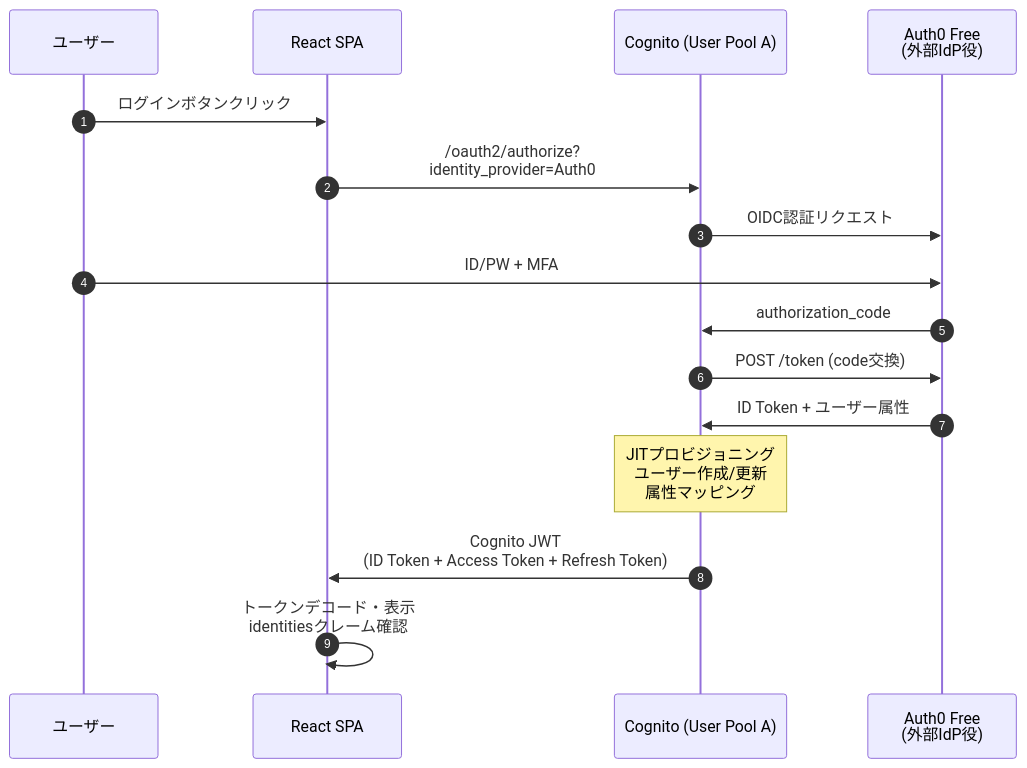
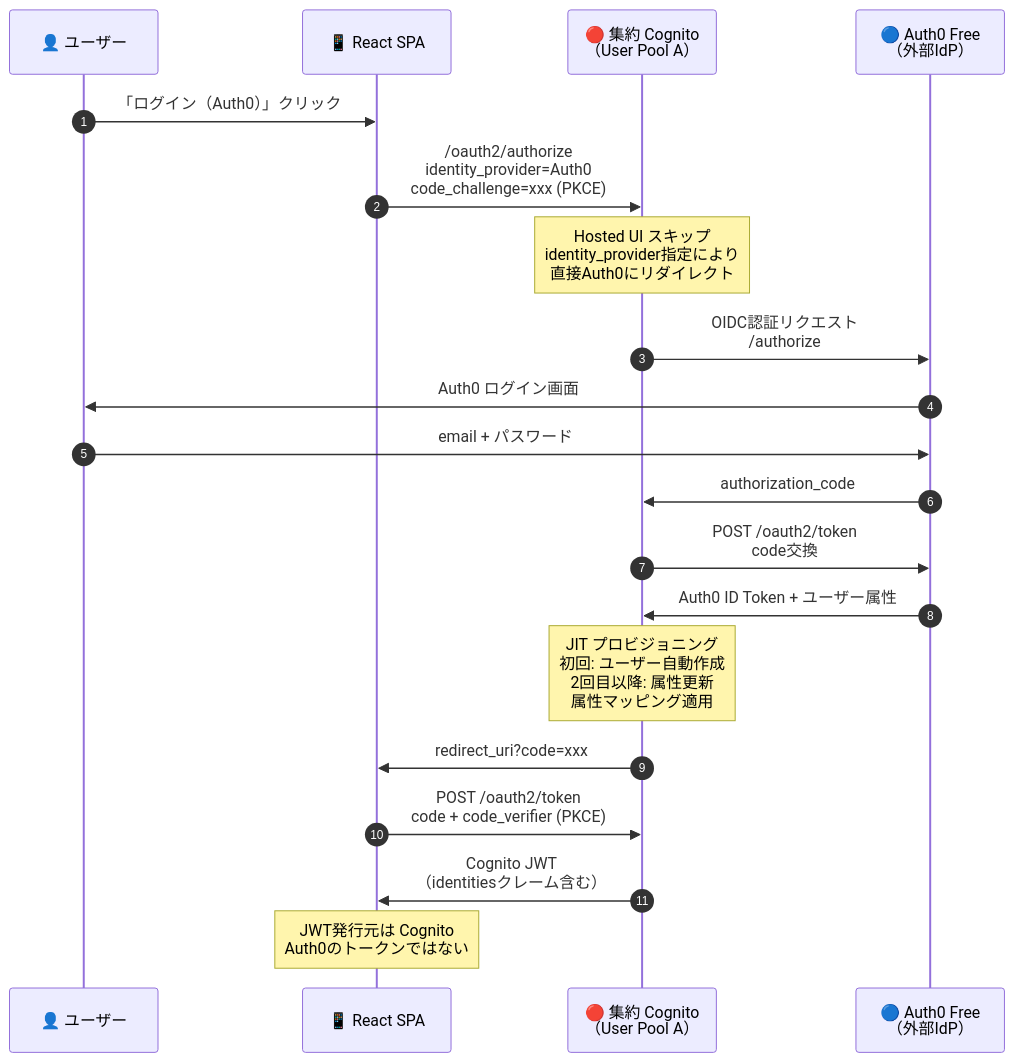
The second of 7 diagrams in doc/design/auth-flow.md (suepie/aws-atuh-poc), drawn with Mermaid before and after one commit. The commit also changed other lines of this file and 20 other files, not shown here.

````diff
--- a/doc/design/auth-flow.md
+++ b/doc/design/auth-flow.md
@@ -36,21 +49,29 @@
 ```mermaid
 sequenceDiagram
     autonumber
-    participant User as ユーザー
-    participant SPA as React SPA
-    participant Cognito as Cognito (User Pool A)
-    participant Auth0 as Auth0 Free<br/>(外部IdP役)
+    participant User as 👤 ユーザー
+    participant SPA as 📱 React SPA
+    participant Cognito as 🔴 集約 Cognito<br/>（User Pool A）
+    participant Auth0 as 🔵 Auth0 Free<br/>（外部IdP）
 
-    User->>SPA: ログインボタンクリック
-    SPA->>Cognito: /oauth2/authorize?<br/>identity_provider=Auth0
-    Cognito->>Auth0: OIDC認証リクエスト
-    User->>Auth0: ID/PW + MFA
+    User->>SPA: 「ログイン（Auth0）」クリック
+    SPA->>Cognito: /oauth2/authorize<br/>identity_provider=Auth0<br/>code_challenge=xxx (PKCE)
+
+    Note over Cognito: Hosted UI スキップ<br/>identity_provider指定により<br/>直接Auth0にリダイレクト
+
+    Cognito->>Auth0: OIDC認証リクエスト<br/>/authorize
+    Auth0->>User: Auth0 ログイン画面
+    User->>Auth0: email + パスワード
+
     Auth0->>Cognito: authorization_code
-    Cognito->>Auth0: POST /token (code交換)
-    Auth0->>Cognito: ID Token + ユーザー属性
+    Cognito->>Auth0: POST /oauth2/token<br/>code交換
+    Auth0->>Cognito: Auth0 ID Token + ユーザー属性
 
-    Note over Cognito: JITプロビジョニング<br/>ユーザー作成/更新<br/>属性マッピング
+    Note over Cognito: JIT プロビジョニング<br/>初回: ユーザー自動作成<br/>2回目以降: 属性更新<br/>属性マッピング適用
 
-    Cognito->>SPA: Cognito JWT<br/>(ID Token + Access Token + Refresh Token)
-    SPA->>SPA: トークンデコード・表示<br/>identitiesクレーム確認
+    Cognito->>SPA: redirect_uri?code=xxx
+    SPA->>Cognito: POST /oauth2/token<br/>code + code_verifier (PKCE)
+    Cognito->>SPA: Cognito JWT<br/>（identitiesクレーム含む）
+
+    Note over SPA: JWT発行元は Cognito<br/>Auth0のトークンではない
 ```
````
